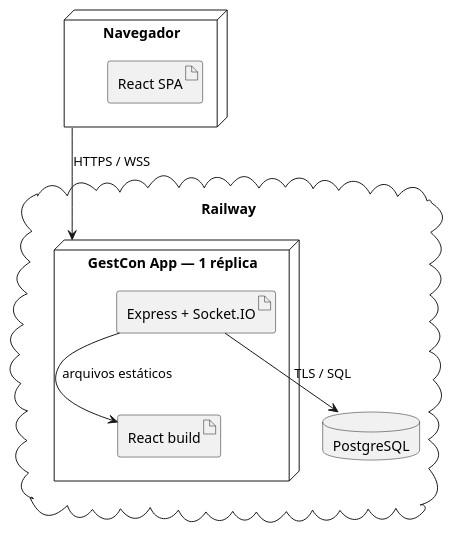
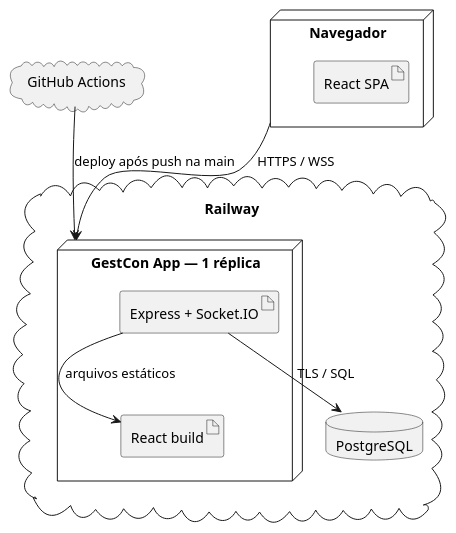
One commit to Gui-SBarbosa/Plataforma-Gestao-de-Contatos changed the diagram in docs/uml/deployment.puml. Above: the diagram before and after it, drawn with PlantUML. The commit also changed other lines of this file and 11 other files, not shown here.

Commit message:
docs(uml): align diagrams with deployed system

```diff
--- a/docs/uml/deployment.puml
+++ b/docs/uml/deployment.puml
@@ -1,16 +1,18 @@
 @startuml
 node "Navegador" as Browser {
   artifact "React SPA" as SPA
 }
 cloud "Railway" {
   node "GestCon App — 1 réplica" as App {
     artifact "Express + Socket.IO" as Server
     artifact "React build" as Build
   }
   database "PostgreSQL" as DB
 }
+cloud "GitHub Actions" as CI
 
 Browser --> App : HTTPS / WSS
 Server --> DB : TLS / SQL
 Server --> Build : arquivos estáticos
+CI --> App : deploy após push na main
 @enduml
```
